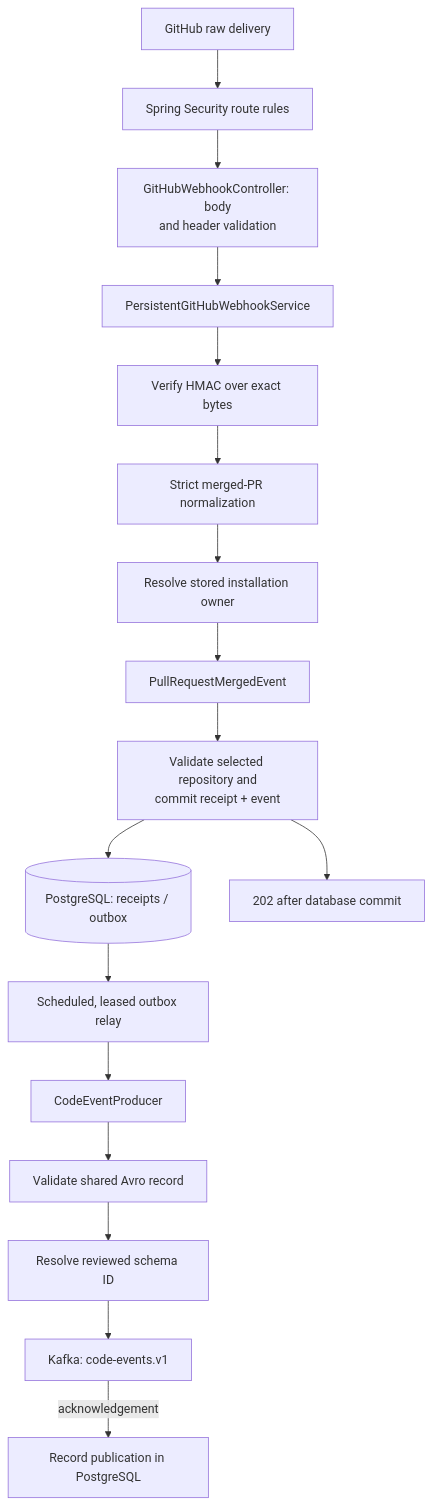
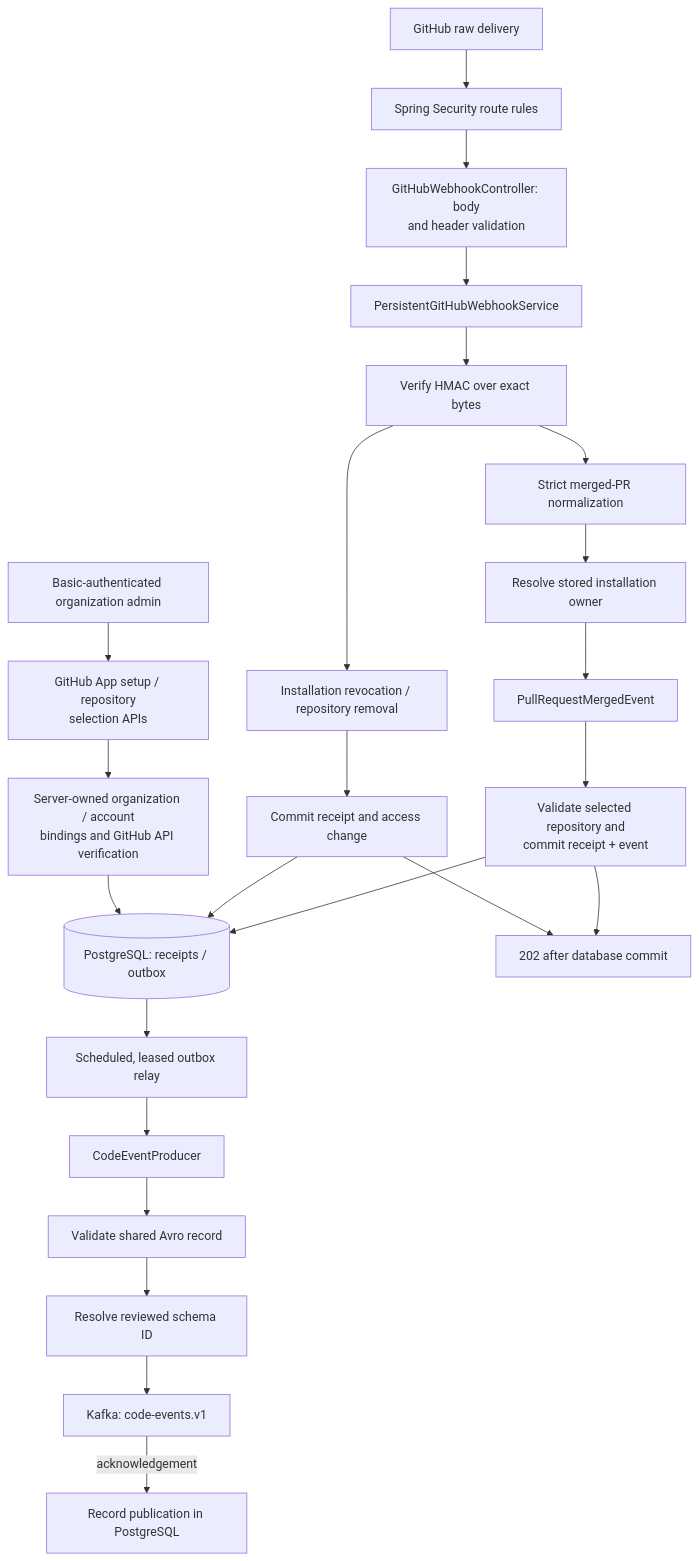
The first of 12 diagrams in backend/README.md (ChangeGuardHQ/changuard-platform), drawn with Mermaid before and after one commit. The commit also changed other lines of this file and 39 other files, not shown here.

Commit message:
implemented github connection and processing with Basic auth and trusted organization/admin bindings

````diff
--- a/backend/README.md
+++ b/backend/README.md
@@ -42,19 +45,26 @@
 ```mermaid
 flowchart TD
     GitHub["GitHub raw delivery"] --> Security["Spring Security route rules"]
+    Admin["Basic-authenticated organization admin"] --> Setup["GitHub App setup / repository<br/>selection APIs"]
+    Setup --> Binding["Server-owned organization / account<br/>bindings and GitHub API verification"]
+    Binding --> Database
     Security --> Controller["GitHubWebhookController: body<br/>and header validation"]
     Controller --> Processor["PersistentGitHubWebhookService"]
     Processor --> HMAC["Verify HMAC over exact bytes"]
     HMAC --> Normalizer["Strict merged-PR normalization"]
+    HMAC --> Lifecycle["Installation revocation / repository removal"]
+    Lifecycle --> Access["Commit receipt and access change"]
+    Access --> Database
+    Access --> Accepted
     Normalizer --> Owner["Resolve stored installation owner"]
     Owner --> Event["PullRequestMergedEvent"]
     Event --> Durable["Validate selected repository and<br/>commit receipt + event"]
     Durable --> Database[("PostgreSQL: receipts / outbox")]
     Durable --> Accepted["202 after database commit"]
     Database --> Relay["Scheduled, leased outbox relay"]
     Relay --> Producer["CodeEventProducer"]
     Producer --> Avro["Validate shared Avro record"]
     Avro --> Registry["Resolve reviewed schema ID"]
     Registry --> Kafka["Kafka: code-events.v1"]
     Kafka -->|"acknowledgement"| Published["Record publication in PostgreSQL"]
 ```
````
